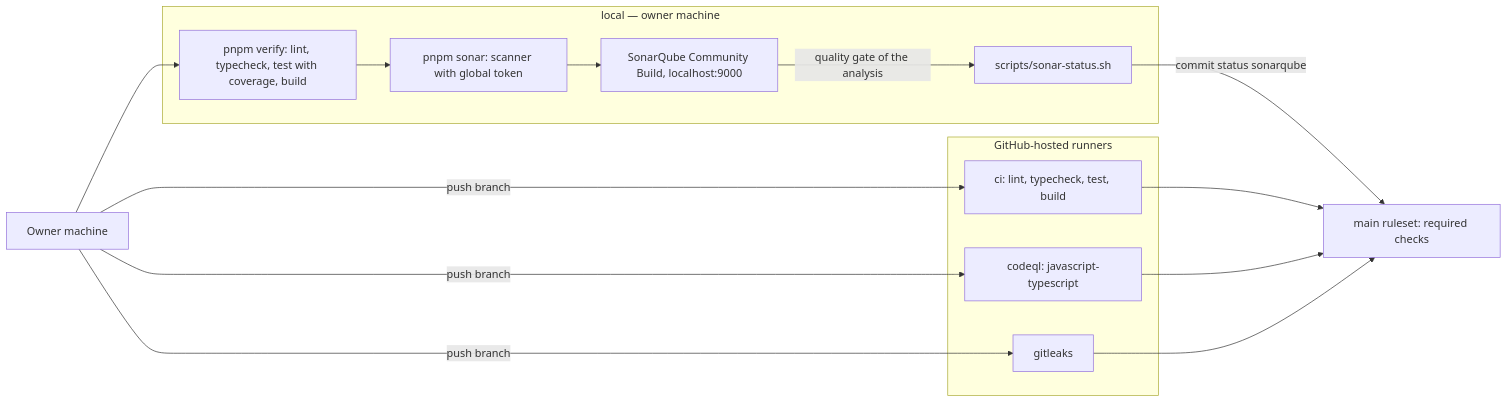
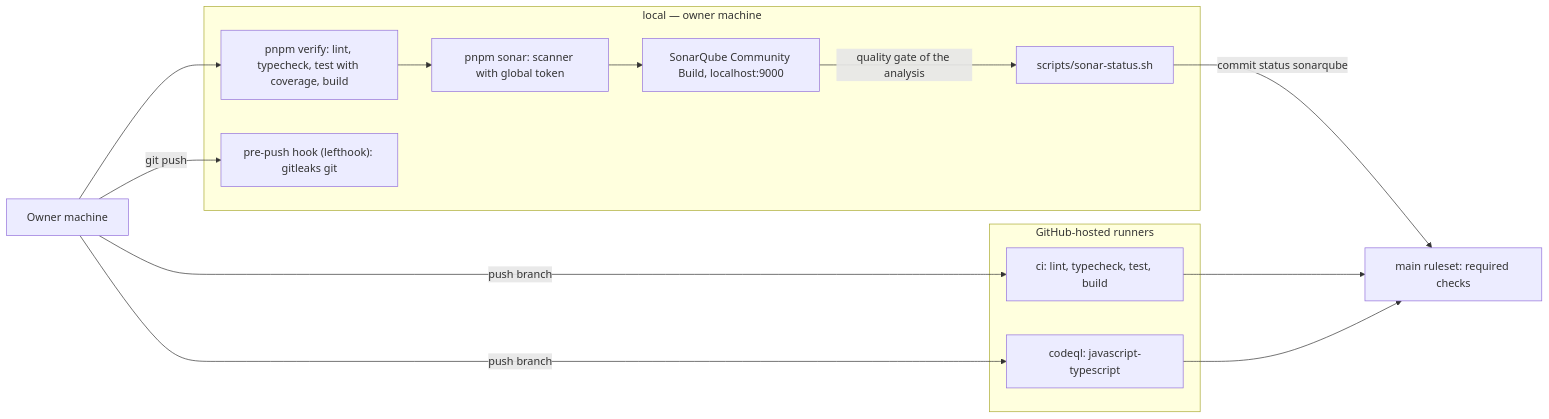
One commit to benoit-bremaud/asv changed the diagram in docs/architecture/diagrams/platform/08-ci-pipeline.md. Above: the diagram before and after it, drawn with Mermaid. The commit also changed other lines of this file and 6 other files, not shown here.

````diff
--- a/docs/architecture/diagrams/platform/08-ci-pipeline.md
+++ b/docs/architecture/diagrams/platform/08-ci-pipeline.md
@@ -14,25 +14,24 @@
 ```mermaid
 flowchart LR
   Dev["Owner machine"]
   subgraph Local ["local — owner machine"]
     Verify["pnpm verify: lint, typecheck, test with coverage, build"]
     Sonar["pnpm sonar: scanner with global token"]
     SQ["SonarQube Community Build, localhost:9000"]
     Status["scripts/sonar-status.sh"]
+    Gitleaks["pre-push hook (lefthook): gitleaks git"]
   end
   subgraph Hosted ["GitHub-hosted runners"]
     CI["ci: lint, typecheck, test, build"]
     CodeQL["codeql: javascript-typescript"]
-    Gitleaks["gitleaks"]
   end
   Ruleset["main ruleset: required checks"]
   Dev --> Verify --> Sonar --> SQ
   SQ -->|"quality gate of the analysis"| Status
   Status -->|"commit status sonarqube"| Ruleset
   Dev -->|"push branch"| CI
   Dev -->|"push branch"| CodeQL
-  Dev -->|"push branch"| Gitleaks
+  Dev -->|"git push"| Gitleaks
   CI --> Ruleset
   CodeQL --> Ruleset
-  Gitleaks --> Ruleset
 ```
````
